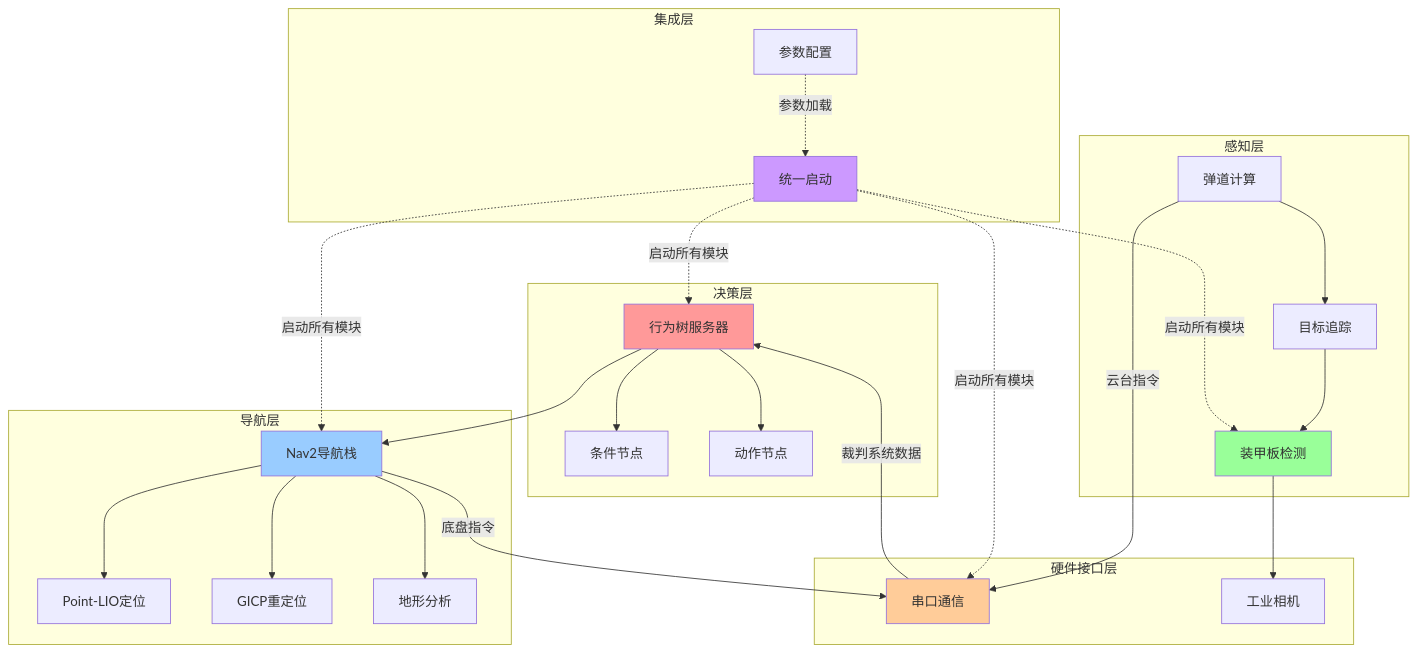
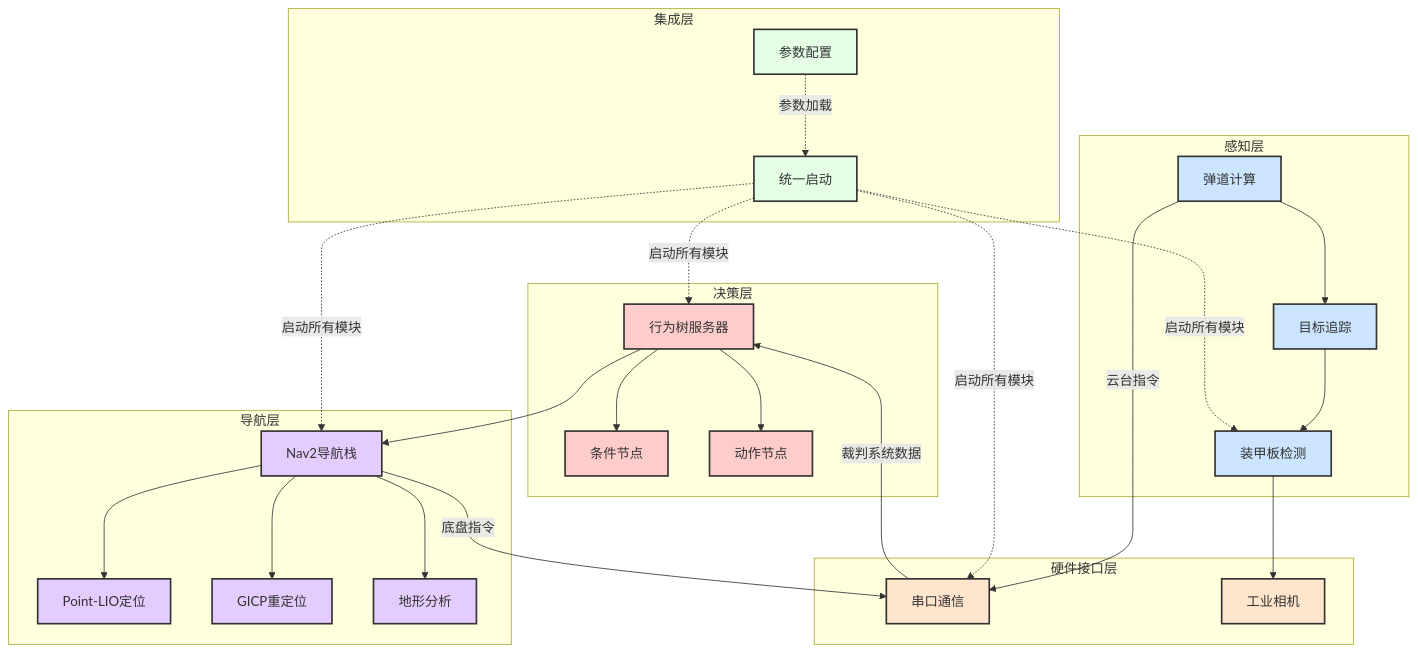
One commit to happywosabi/pb2025_sentry_ws changed the first of 7 diagrams in docs/01_系统架构.md. Above: the diagram before and after it, drawn with Mermaid. The commit also changed other lines of this file and 9 other files, not shown here.

````diff
--- a/docs/01_系统架构.md
+++ b/docs/01_系统架构.md
@@ -22,59 +22,65 @@
 ```mermaid
 graph TB
     subgraph 决策层
         BT[行为树服务器]
         BT_Cond[条件节点]
         BT_Act[动作节点]
     end
 
     subgraph 导航层
         PL[Point-LIO定位]
         GICP[GICP重定位]
         TA[地形分析]
         NAV2[Nav2导航栈]
     end
 
     subgraph 感知层
         DET[装甲板检测]
         TRACK[目标追踪]
         PROJ[弹道计算]
     end
 
     subgraph 硬件接口层
         SERIAL[串口通信]
         CAM[工业相机]
     end
 
     subgraph 集成层
         BRINGUP[统一启动]
         PARAMS[参数配置]
     end
 
     BT --> NAV2
     BT --> BT_Cond
     BT --> BT_Act
 
     NAV2 --> PL
     NAV2 --> GICP
     NAV2 --> TA
 
     DET --> CAM
     TRACK --> DET
     PROJ --> TRACK
 
     SERIAL --> |裁判系统数据| BT
     PROJ --> |云台指令| SERIAL
     NAV2 --> |底盘指令| SERIAL
 
     BRINGUP -.-> |启动所有模块| BT
     BRINGUP -.-> |启动所有模块| NAV2
     BRINGUP -.-> |启动所有模块| DET
     BRINGUP -.-> |启动所有模块| SERIAL
     PARAMS -.-> |参数加载| BRINGUP
 
-    style BT fill:#ff9999
-    style NAV2 fill:#99ccff
-    style DET fill:#99ff99
-    style SERIAL fill:#ffcc99
-    style BRINGUP fill:#cc99ff
+    classDef decisionClass fill:#FFCCCC,stroke:#333,stroke-width:2px
+    classDef navClass fill:#E5CCFF,stroke:#333,stroke-width:2px
+    classDef perceptionClass fill:#CCE5FF,stroke:#333,stroke-width:2px
+    classDef hardwareClass fill:#FFE5CC,stroke:#333,stroke-width:2px
+    classDef integrationClass fill:#E5FFE5,stroke:#333,stroke-width:2px
+
+    class BT,BT_Cond,BT_Act decisionClass
+    class NAV2,PL,GICP,TA navClass
+    class DET,TRACK,PROJ perceptionClass
+    class SERIAL,CAM hardwareClass
+    class BRINGUP,PARAMS integrationClass
 ```
````
